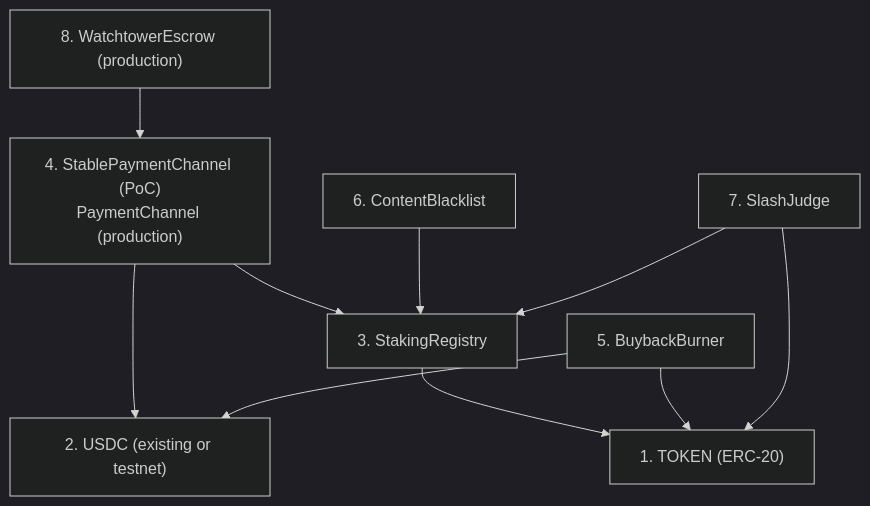
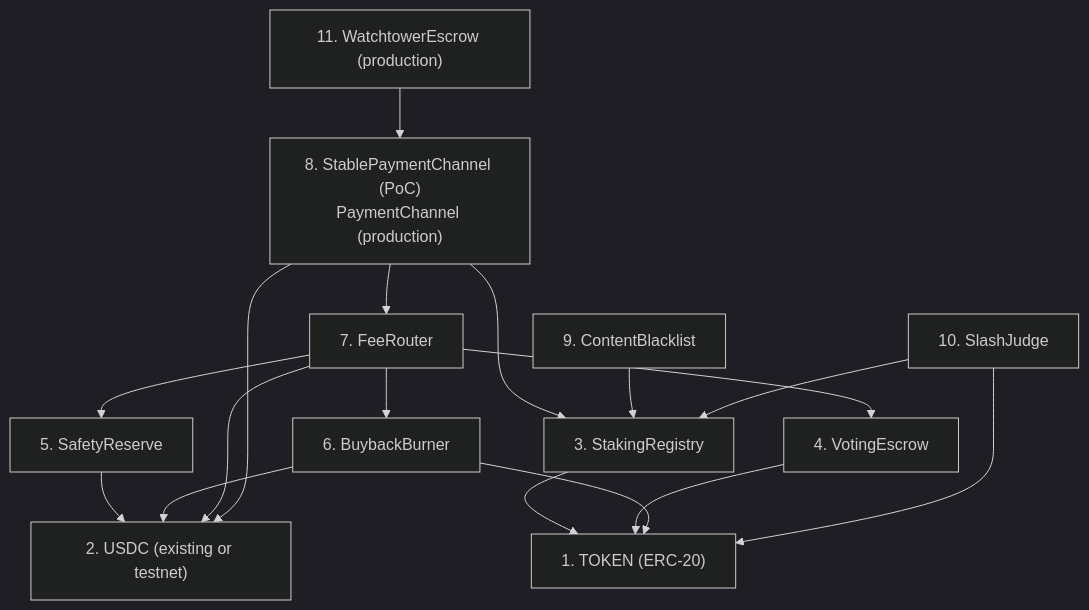
The second of 5 diagrams in adr/016-contract-interactions.md (decdn/decdn), drawn with Mermaid (dark theme) before and after one commit. The commit also changed other lines of this file and 21 other files, not shown here.

````diff
--- a/adr/016-contract-interactions.md
+++ b/adr/016-contract-interactions.md
@@ -37,21 +105,31 @@
 ```mermaid
 graph TD
     TOKEN["1. TOKEN (ERC-20)"]
     USDC["2. USDC (existing or testnet)"]
     SR["3. StakingRegistry"]
-    SPC["4. StablePaymentChannel (PoC)<br/>PaymentChannel (production)"]
-    BB["5. BuybackBurner"]
-    CB["6. ContentBlacklist"]
-    SJ["7. SlashJudge"]
-    WE["8. WatchtowerEscrow (production)"]
+    VE["4. VotingEscrow"]
+    SAFE["5. SafetyReserve"]
+    BB["6. BuybackBurner"]
+    FR["7. FeeRouter"]
+    SPC["8. StablePaymentChannel (PoC)<br/>PaymentChannel (production)"]
+    CB["9. ContentBlacklist"]
+    SJ["10. SlashJudge"]
+    WE["11. WatchtowerEscrow (production)"]
 
     SR --> TOKEN
+    VE --> TOKEN
+    SAFE --> USDC
+    BB --> TOKEN
+    BB --> USDC
+    FR --> USDC
+    FR --> BB
+    FR --> SAFE
+    FR --> VE
     SPC --> USDC
     SPC --> SR
-    BB --> TOKEN
-    BB --> USDC
+    SPC --> FR
     CB --> SR
     SJ --> SR
     SJ --> TOKEN
     WE --> SPC
 ```
````
